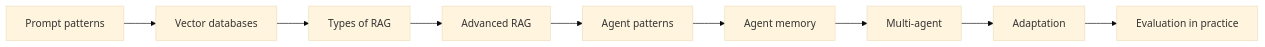
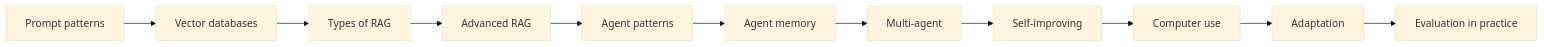
One commit to namphuongtran/ai-vault changed the diagram in content/en/deep-dives/_index.md. Above: the diagram before and after it, drawn with Mermaid (base theme). The commit also changed other lines of this file and 13 other files, not shown here.

First line of the commit message:
Add Self-Improving Agents and Computer Use deep dives; explain KV cache (EN + VI)

````diff
--- a/content/en/deep-dives/_index.md
+++ b/content/en/deep-dives/_index.md
@@ -24,5 +24,6 @@
 ```mermaid
 flowchart LR
     A[Prompt patterns] --> B[Vector databases] --> C[Types of RAG] --> D[Advanced RAG]
-    D --> E[Agent patterns] --> F[Agent memory] --> M[Multi-agent] --> G[Adaptation] --> H[Evaluation in practice]
+    D --> E[Agent patterns] --> F[Agent memory] --> M[Multi-agent] --> SE[Self-improving] --> CU[Computer use]
+    CU --> G[Adaptation] --> H[Evaluation in practice]
 ```
````
